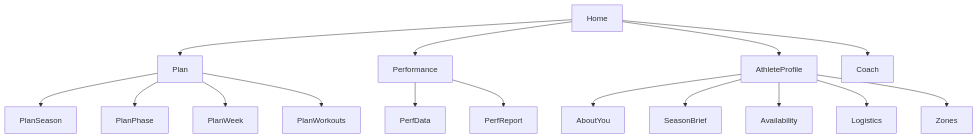
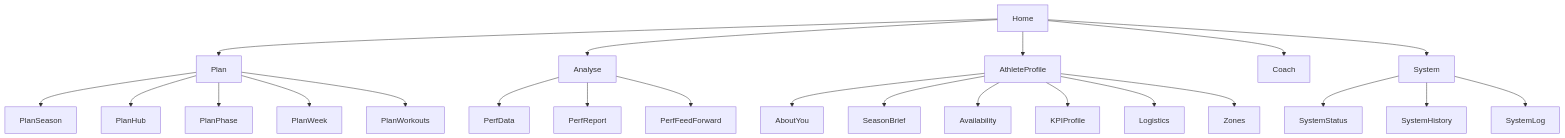
One commit to albauer-priv/RPS changed the first of 2 diagrams in doc/ui_system_overview.md. Above: the diagram before and after it, drawn with Mermaid. The commit also changed other lines of this file and 7 other files, not shown here.

````diff
--- a/doc/ui_system_overview.md
+++ b/doc/ui_system_overview.md
@@ -88,21 +94,29 @@
 ```mermaid
 flowchart TB
   Home --> Plan
-  Home --> Performance
+  Home --> Analyse
   Home --> AthleteProfile
   Home --> Coach
+  Home --> System
 
   Plan --> PlanSeason
+  Plan --> PlanHub
   Plan --> PlanPhase
   Plan --> PlanWeek
   Plan --> PlanWorkouts
 
-  Performance --> PerfData
-  Performance --> PerfReport
+  Analyse --> PerfData
+  Analyse --> PerfReport
+  Analyse --> PerfFeedForward
 
   AthleteProfile --> AboutYou
   AthleteProfile --> SeasonBrief
   AthleteProfile --> Availability
+  AthleteProfile --> KPIProfile
   AthleteProfile --> Logistics
   AthleteProfile --> Zones
+  
+  System --> SystemStatus
+  System --> SystemHistory
+  System --> SystemLog
 ```
````
